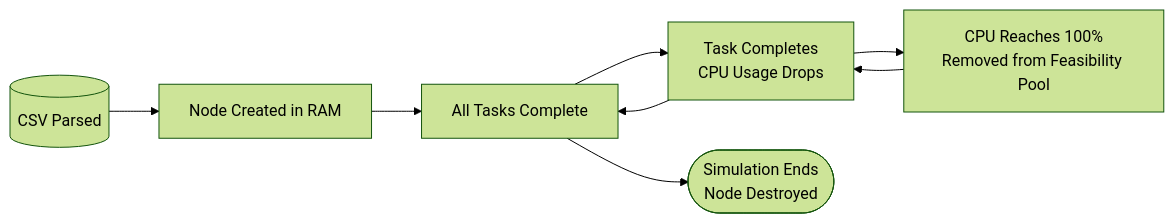
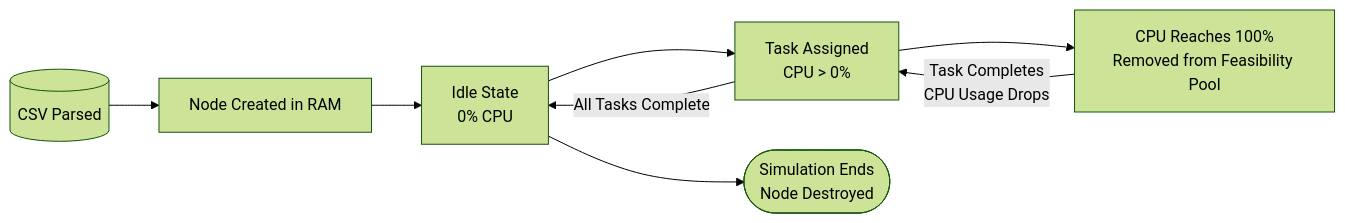
The seventh of 16 diagrams in Generated_Docs/uml_diagrams.md (Yog964/carbon-aware-scheduler), drawn with Mermaid (forest theme) before and after one commit. The commit also changed other lines of this file and 3 other files, not shown here.

Commit message:
Fix Mermaid diagram syntax and parsing errors in generated documentation

````diff
--- a/Generated_Docs/uml_diagrams.md
+++ b/Generated_Docs/uml_diagrams.md
@@ -201,14 +201,14 @@
 ```mermaid
 flowchart LR
-    Load[(CSV Parsed)] --> Init[Node Created in RAM]
+    Load[("CSV Parsed")] --> Init["Node Created in RAM"]
     
-    Init --> Idle[Idle State<br>0% CPU]
+    Init --> Idle["Idle State<br>0% CPU"]
     
-    Idle --> Active[Task Assigned<br>CPU > 0%]
-    Active --> Maxed[CPU Reaches 100%<br>Removed from Feasibility Pool]
+    Idle --> Active["Task Assigned<br>CPU &gt; 0%"]
+    Active --> Maxed["CPU Reaches 100%<br>Removed from Feasibility Pool"]
     
-    Maxed --> Active[Task Completes<br>CPU Usage Drops]
-    Active --> Idle[All Tasks Complete]
+    Maxed -->|"Task Completes<br>CPU Usage Drops"| Active
+    Active -->|"All Tasks Complete"| Idle
     
     Idle --> Del([Simulation Ends<br>Node Destroyed])
 ```
````
